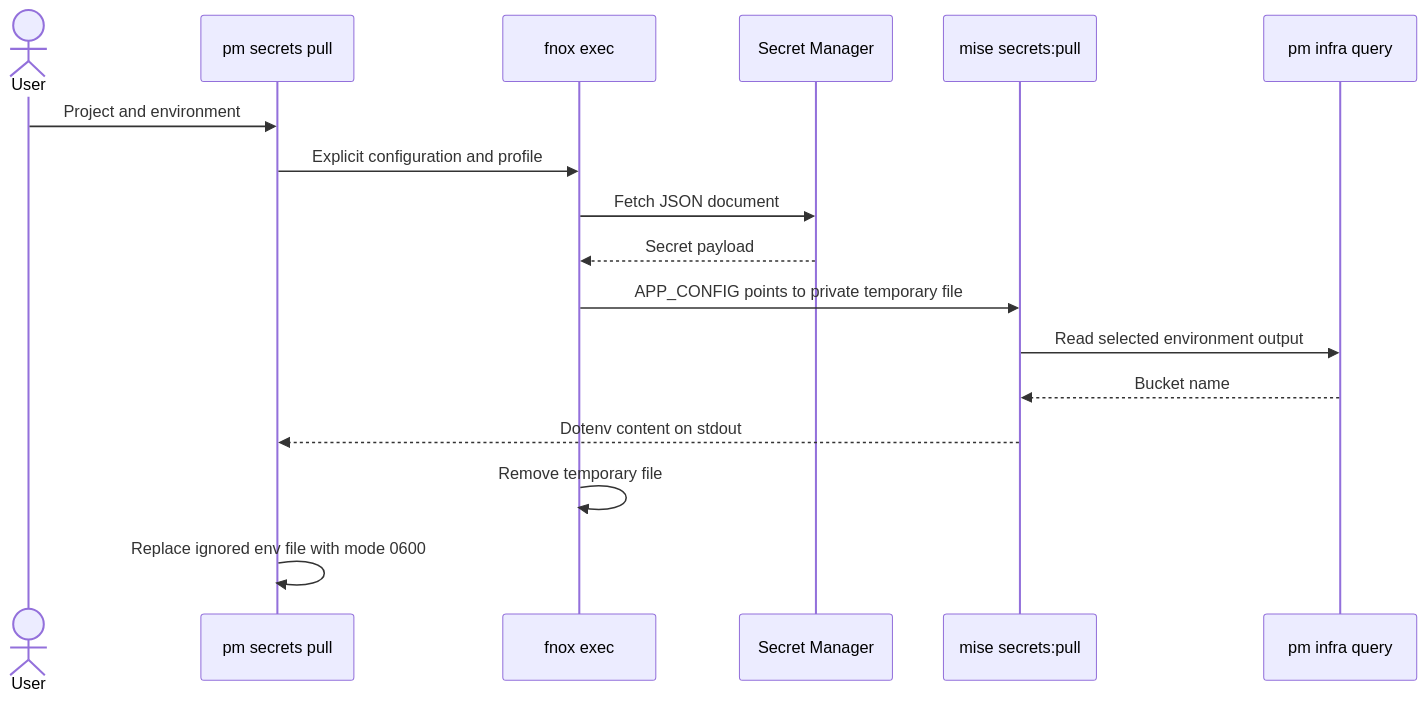
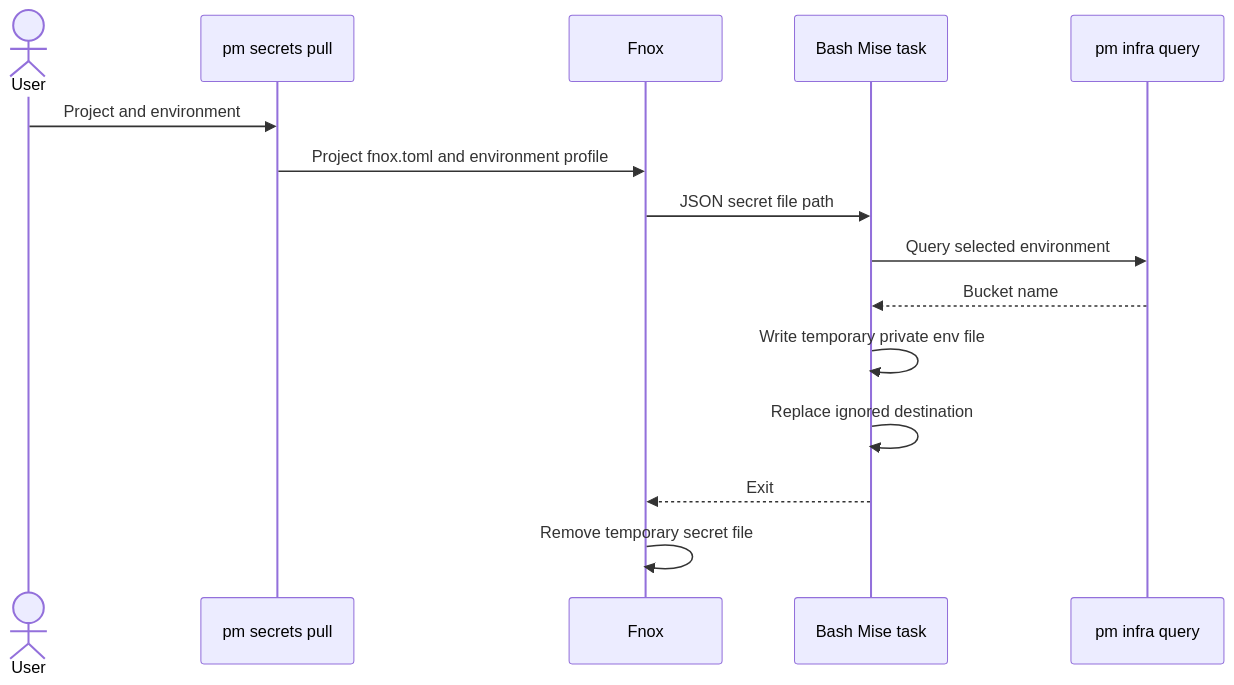
Before and after one commit to cloudvoyant/premise: the second of 2 diagrams in docs/architecture/secrets.md, drawn with Mermaid. The commit also changed other lines of this file and 50 other files, not shown here.

````diff
--- a/docs/architecture/secrets.md
+++ b/docs/architecture/secrets.md
@@ -52,19 +47,17 @@
 ```mermaid
 sequenceDiagram
     actor User
     participant PM as pm secrets pull
-    participant Fnox as fnox exec
-    participant Store as Secret Manager
-    participant Task as mise secrets:pull
+    participant Fnox
+    participant Task as Bash Mise task
     participant Infra as pm infra query
     User->>PM: Project and environment
-    PM->>Fnox: Explicit configuration and profile
-    Fnox->>Store: Fetch JSON document
-    Store-->>Fnox: Secret payload
-    Fnox->>Task: APP_CONFIG points to private temporary file
-    Task->>Infra: Read selected environment output
+    PM->>Fnox: Project fnox.toml and environment profile
+    Fnox->>Task: JSON secret file path
+    Task->>Infra: Query selected environment
     Infra-->>Task: Bucket name
-    Task-->>PM: Dotenv content on stdout
-    Fnox->>Fnox: Remove temporary file
-    PM->>PM: Replace ignored env file with mode 0600
+    Task->>Task: Write temporary private env file
+    Task->>Task: Replace ignored destination
+    Task-->>Fnox: Exit
+    Fnox->>Fnox: Remove temporary secret file
 ```
````
